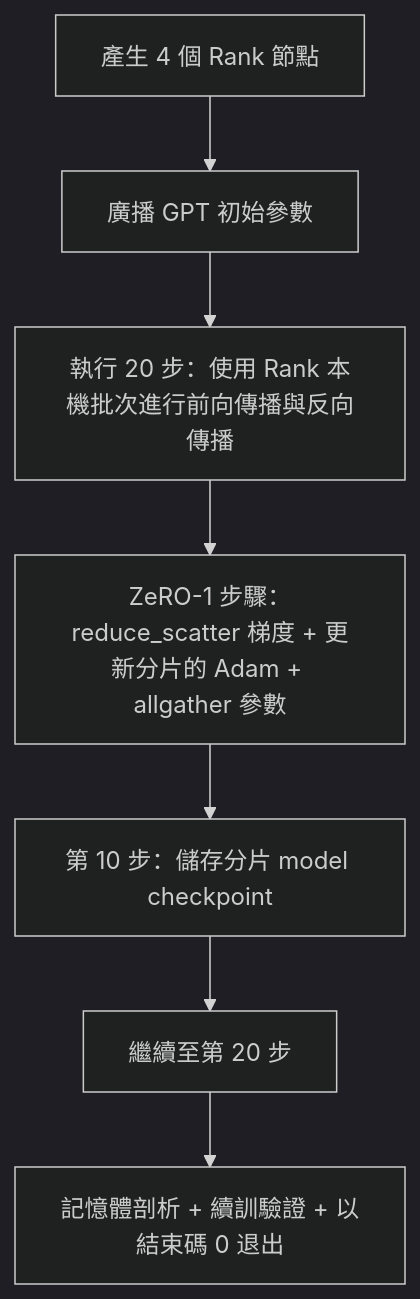
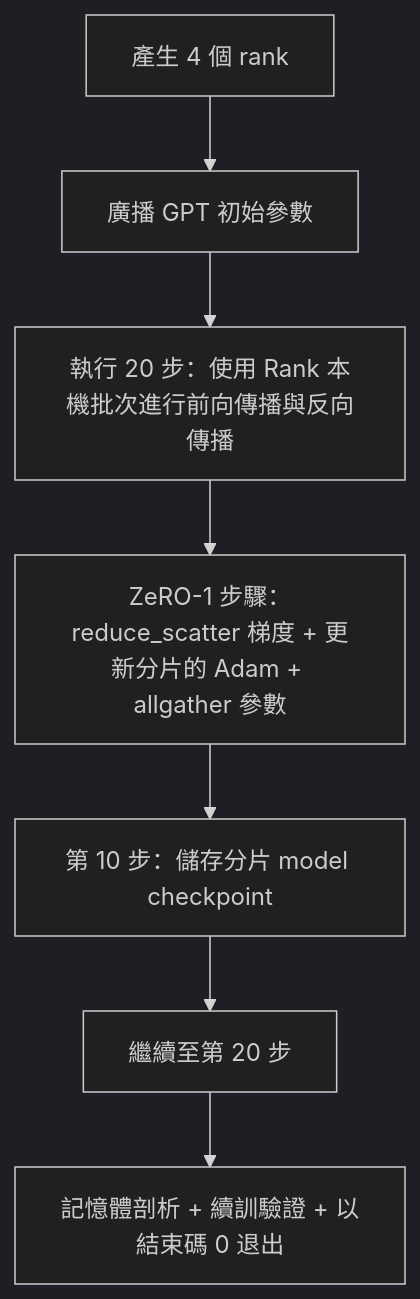
One commit to edward821220/ai-engineering-from-scratch changed the diagram in i18n/zh-TW/phases/19-capstone-projects/81-end-to-end-distributed-train/docs/zh-TW.md. Above: the diagram before and after it, drawn with Mermaid (dark theme). The commit also changed other lines of this file and 81 other files, not shown here.

````diff
--- a/i18n/zh-TW/phases/19-capstone-projects/81-end-to-end-distributed-train/docs/zh-TW.md
+++ b/i18n/zh-TW/phases/19-capstone-projects/81-end-to-end-distributed-train/docs/zh-TW.md
@@ -25,9 +25,9 @@
 ```mermaid
 flowchart TB
-  A[產生 4 個 Rank 節點] --> B[廣播 GPT 初始參數]
+  A[產生 4 個 rank] --> B[廣播 GPT 初始參數]
   B --> C[執行 20 步：使用 Rank 本機批次進行前向傳播與反向傳播]
   C --> D[ZeRO-1 步驟：reduce_scatter 梯度 + 更新分片的 Adam + allgather 參數]
   D --> E[第 10 步：儲存分片 model checkpoint]
   E --> F[繼續至第 20 步]
   F --> G[記憶體剖析 + 續訓驗證 + 以結束碼 0 退出]
 ```
````
